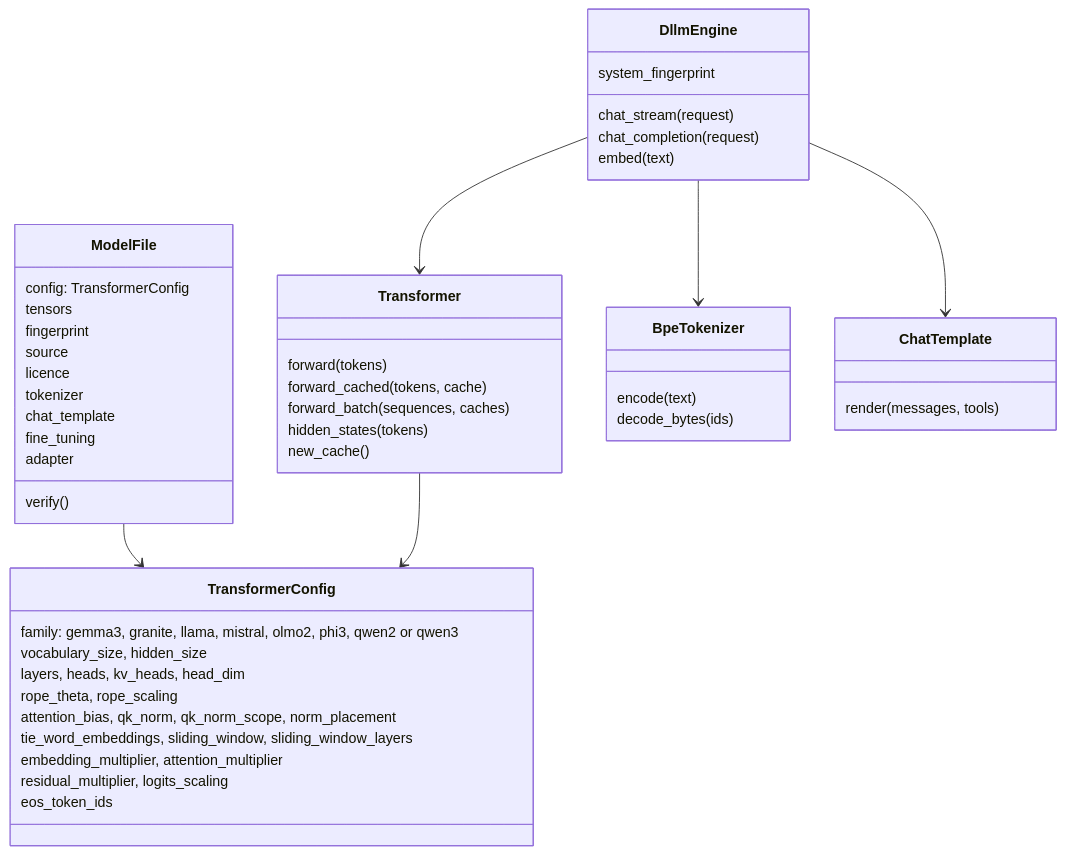
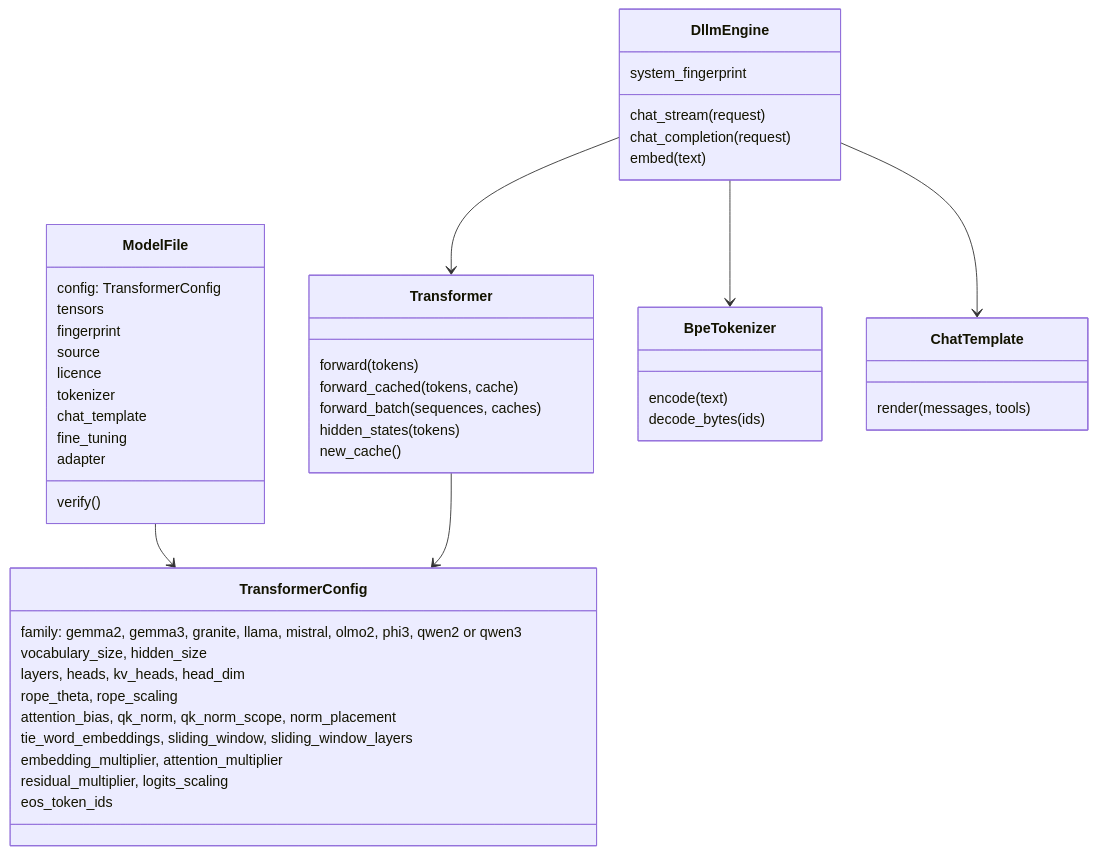
One commit to vrenken/etalii.dllm changed the fourth of 4 diagrams in docs/architecture/models.md. Above: the diagram before and after it, drawn with Mermaid. The commit also changed other lines of this file and 23 other files, not shown here.

````diff
--- a/docs/architecture/models.md
+++ b/docs/architecture/models.md
@@ -140,51 +140,51 @@
 ```mermaid
 classDiagram
     class ModelFile {
         config: TransformerConfig
         tensors
         fingerprint
         source
         licence
         tokenizer
         chat_template
         fine_tuning
         adapter
         verify()
     }
     class TransformerConfig {
-        family: gemma3, granite, llama, mistral, olmo2, phi3, qwen2 or qwen3
+        family: gemma2, gemma3, granite, llama, mistral, olmo2, phi3, qwen2 or qwen3
         vocabulary_size, hidden_size
         layers, heads, kv_heads, head_dim
         rope_theta, rope_scaling
         attention_bias, qk_norm, qk_norm_scope, norm_placement
         tie_word_embeddings, sliding_window, sliding_window_layers
         embedding_multiplier, attention_multiplier
         residual_multiplier, logits_scaling
         eos_token_ids
     }
     class Transformer {
         forward(tokens)
         forward_cached(tokens, cache)
         forward_batch(sequences, caches)
         hidden_states(tokens)
         new_cache()
     }
     class BpeTokenizer {
         encode(text)
         decode_bytes(ids)
     }
     class ChatTemplate {
         render(messages, tools)
     }
     class DllmEngine {
         chat_stream(request)
         chat_completion(request)
         embed(text)
         system_fingerprint
     }
     ModelFile --> TransformerConfig
     Transformer --> TransformerConfig
     DllmEngine --> Transformer
     DllmEngine --> BpeTokenizer
     DllmEngine --> ChatTemplate
 ```
````
